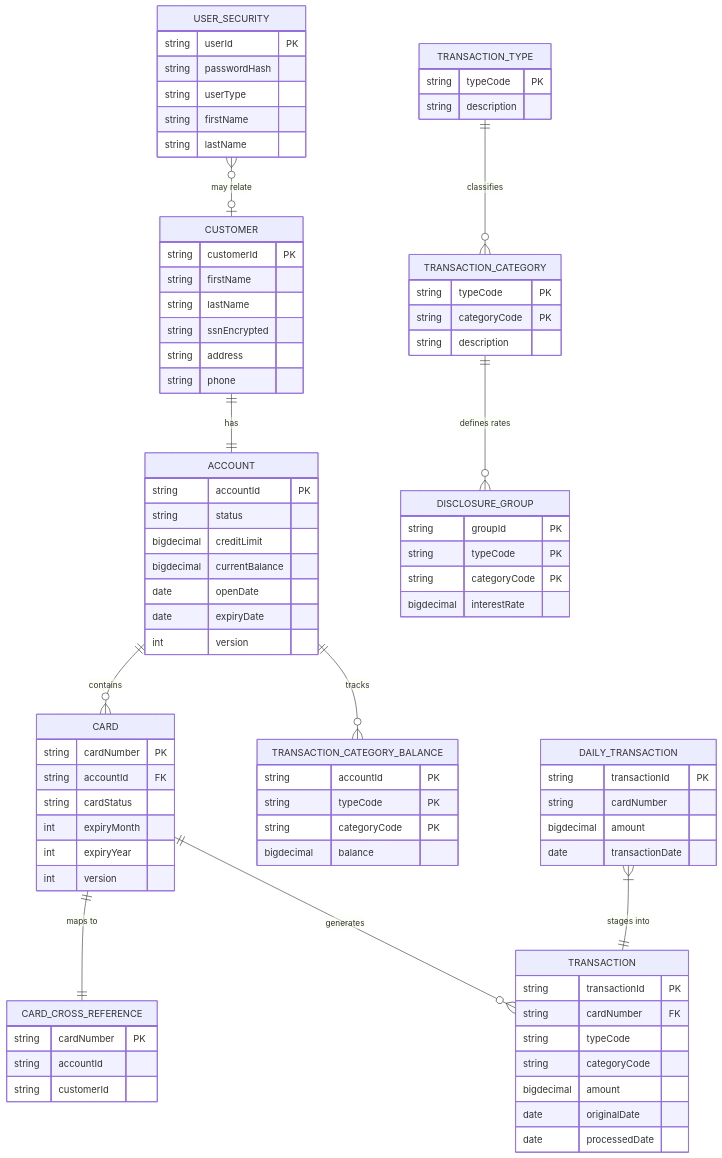
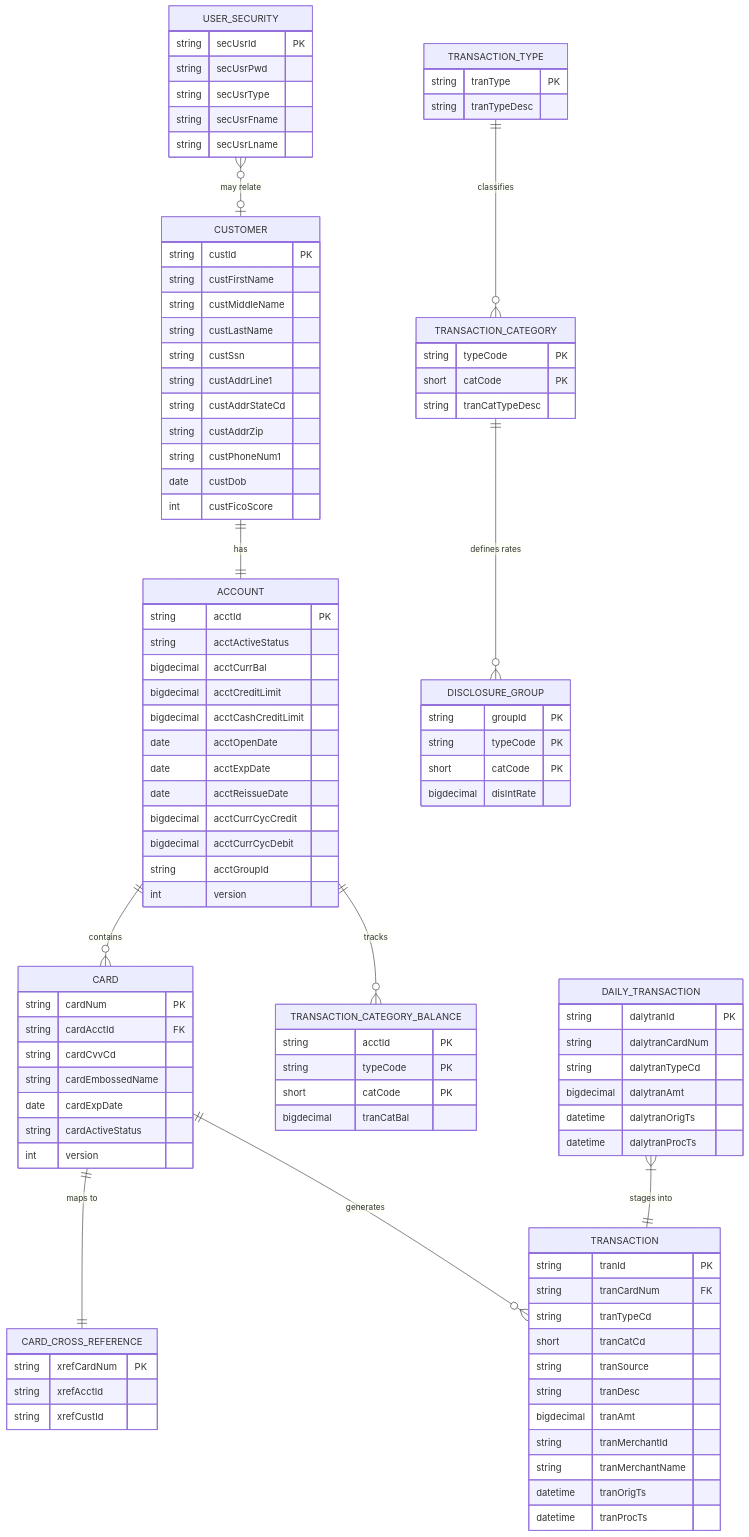
Before and after one commit to Blitzy-Sandbox/blitzy-card-demo: the first of 2 diagrams in docs/onboarding-guide.md, drawn with Mermaid. The commit also changed other lines of this file and 8 other files, not shown here.

````diff
--- a/docs/onboarding-guide.md
+++ b/docs/onboarding-guide.md
@@ -482,76 +483,93 @@
     USER_SECURITY }o--o| CUSTOMER : "may relate"
 
     CUSTOMER {
-        string customerId PK
-        string firstName
-        string lastName
-        string ssnEncrypted
-        string address
-        string phone
+        string custId PK
+        string custFirstName
+        string custMiddleName
+        string custLastName
+        string custSsn
+        string custAddrLine1
+        string custAddrStateCd
+        string custAddrZip
+        string custPhoneNum1
+        date custDob
+        int custFicoScore
     }
     ACCOUNT {
-        string accountId PK
-        string status
-        bigdecimal creditLimit
-        bigdecimal currentBalance
-        date openDate
-        date expiryDate
+        string acctId PK
+        string acctActiveStatus
+        bigdecimal acctCurrBal
+        bigdecimal acctCreditLimit
+        bigdecimal acctCashCreditLimit
+        date acctOpenDate
+        date acctExpDate
+        date acctReissueDate
+        bigdecimal acctCurrCycCredit
+        bigdecimal acctCurrCycDebit
+        string acctGroupId
         int version
     }
     CARD {
-        string cardNumber PK
-        string accountId FK
-        string cardStatus
-        int expiryMonth
-        int expiryYear
+        string cardNum PK
+        string cardAcctId FK
+        string cardCvvCd
+        string cardEmbossedName
+        date cardExpDate
+        string cardActiveStatus
         int version
     }
     CARD_CROSS_REFERENCE {
-        string cardNumber PK
-        string accountId
-        string customerId
+        string xrefCardNum PK
+        string xrefAcctId
+        string xrefCustId
     }
     TRANSACTION {
-        string transactionId PK
-        string cardNumber FK
-        string typeCode
-        string categoryCode
-        bigdecimal amount
-        date originalDate
-        date processedDate
+        string tranId PK
+        string tranCardNum FK
+        string tranTypeCd
+        short tranCatCd
+        string tranSource
+        string tranDesc
+        bigdecimal tranAmt
+        string tranMerchantId
+        string tranMerchantName
+        datetime tranOrigTs
+        datetime tranProcTs
     }
     TRANSACTION_CATEGORY_BALANCE {
-        string accountId PK
+        string acctId PK
         string typeCode PK
-        string categoryCode PK
-        bigdecimal balance
+        short catCode PK
+        bigdecimal tranCatBal
     }
     DISCLOSURE_GROUP {
         string groupId PK
         string typeCode PK
-        string categoryCode PK
-        bigdecimal interestRate
+        short catCode PK
+        bigdecimal disIntRate
     }
     TRANSACTION_TYPE {
-        string typeCode PK
-        string description
+        string tranType PK
+        string tranTypeDesc
     }
     TRANSACTION_CATEGORY {
         string typeCode PK
-        string categoryCode PK
-        string description
+        short catCode PK
+        string tranCatTypeDesc
     }
     DAILY_TRANSACTION {
-        string transactionId PK
-        string cardNumber
-        bigdecimal amount
-        date transactionDate
+        string dalytranId PK
+        string dalytranCardNum
+        string dalytranTypeCd
+        bigdecimal dalytranAmt
+        datetime dalytranOrigTs
+        datetime dalytranProcTs
     }
     USER_SECURITY {
-        string userId PK
-        string passwordHash
-        string userType
-        string firstName
-        string lastName
+        string secUsrId PK
+        string secUsrPwd
+        string secUsrType
+        string secUsrFname
+        string secUsrLname
     }
 ```
````
